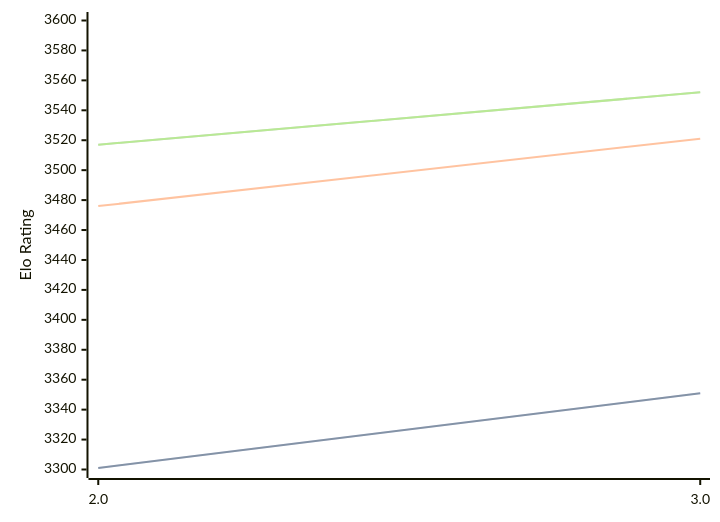
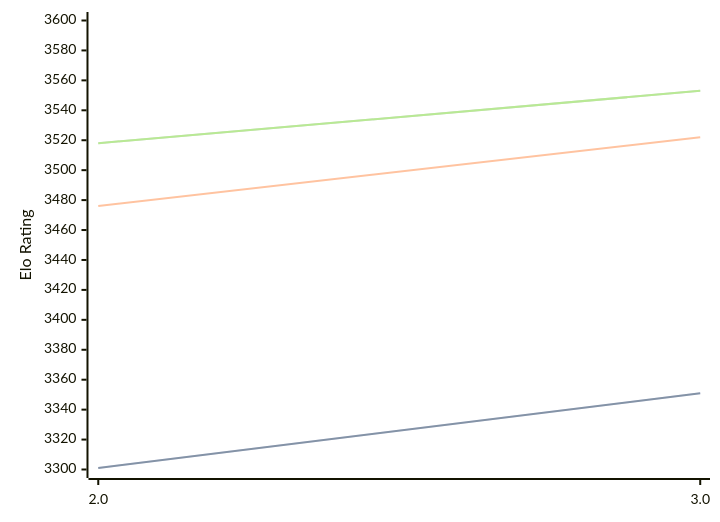
Before and after one commit to computer-chess-index/cci: the diagram in engines/Quanticade.md, drawn with Mermaid. The commit also changed other lines of this file, not shown here.

Commit message:
Update CCI Ratings (ELO VLTC) - 2026-09-13

````diff
--- a/engines/Quanticade.md
+++ b/engines/Quanticade.md
@@ -32,11 +32,11 @@
 ```mermaid
 %%{init: {"theme":"base","themeVariables":{"seriesColors:['#a3a3a3','#222221','#faa371']}}}%%
 xychart-beta
   x-axis ["2.0", "3.0"]
   y-axis "Elo Rating" 3300 --> 3600
   line "" [3301, 3351]
   line "STC (8.0+0.08s)" [3301, 3351]
-  line "LTC (60.0+0.60s)" [3476, 3521]
-  line "" [3517, 3552]
-  line "VLTC (2m24s+1.12s)" [3517, 3552]
+  line "LTC (60.0+0.60s)" [3476, 3522]
+  line "" [3518, 3553]
+  line "VLTC (2m24s+1.12s)" [3518, 3553]
 ```
````
